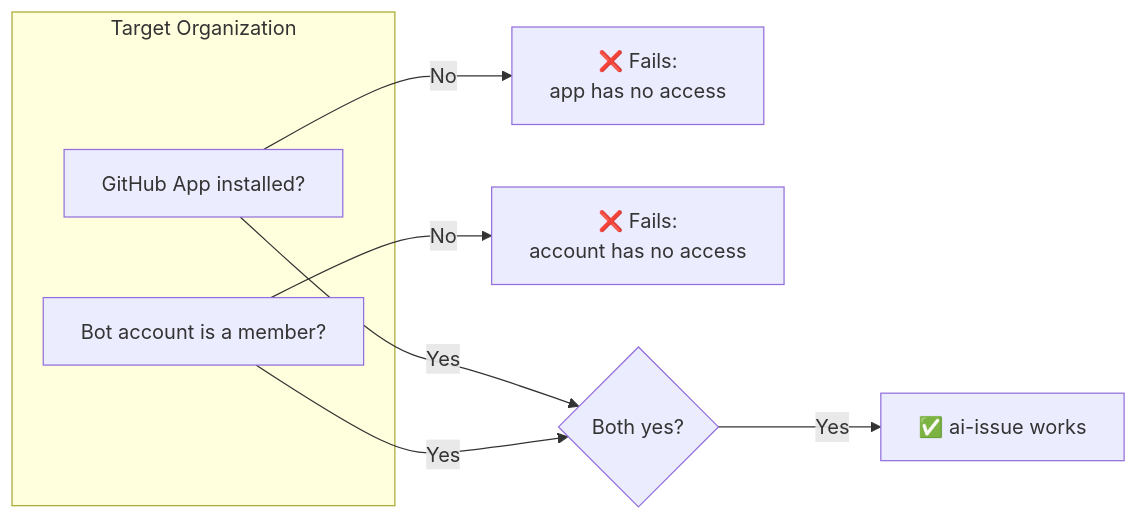
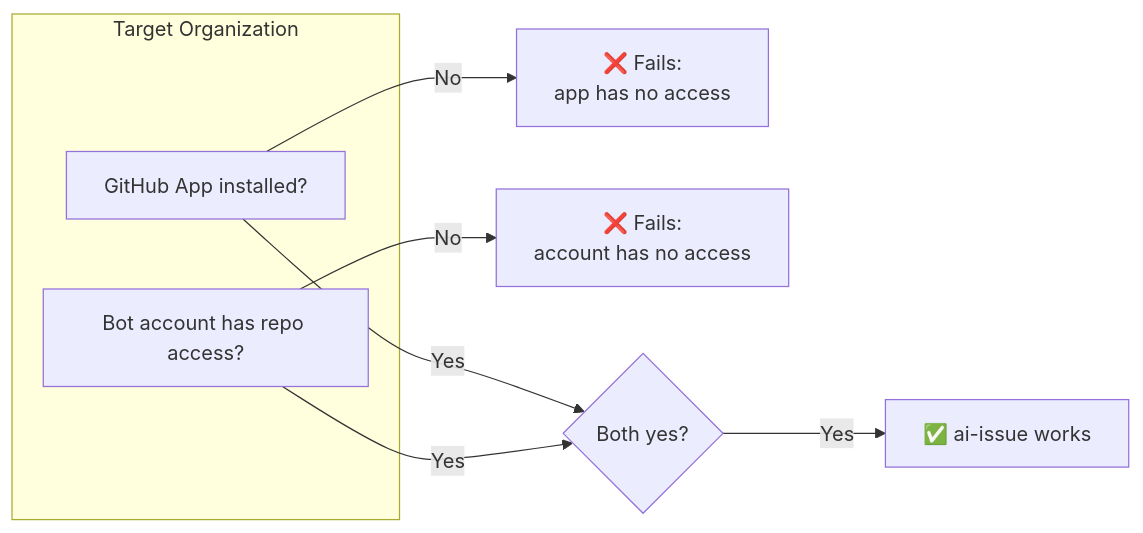
One commit to replworks/ai-issue changed the diagram in README.md. Above: the diagram before and after it, drawn with Mermaid. The commit also changed other lines of this file, not shown here.

````diff
--- a/README.md
+++ b/README.md
@@ -89,12 +107,12 @@
 ```mermaid
 flowchart LR
     subgraph Org["Target Organization"]
         A[GitHub App installed?]
-        B[Bot account is a member?]
+        B[Bot account has repo access?]
     end
     A -->|No| F1[❌ Fails:<br/>app has no access]
     B -->|No| F2[❌ Fails:<br/>account has no access]
     A -->|Yes| C{Both yes?}
     B -->|Yes| C
     C -->|Yes| S[✅ ai-issue works]
 ```
````
